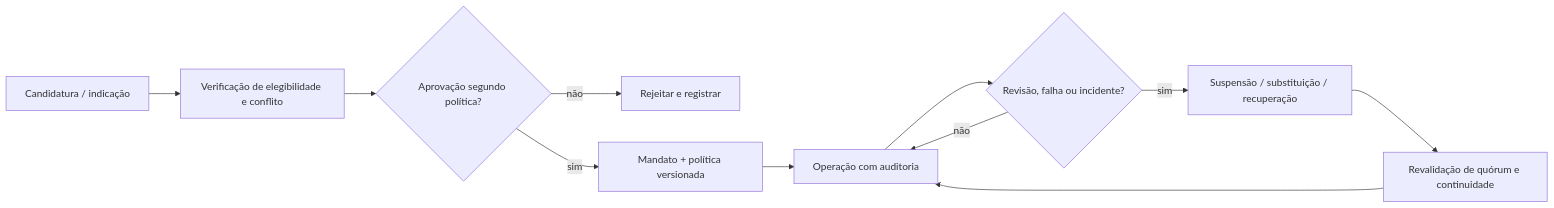
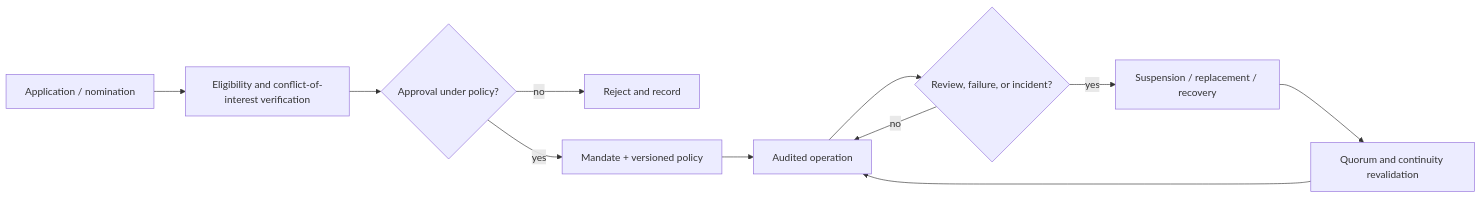
One commit to sails-protocol/Sails-Protocol changed the second of 3 diagrams in docs/architecture/SAILS_SIGNING_FEDERATION/README.md. Above: the diagram before and after it, drawn with Mermaid. The commit also changed other lines of this file, not shown here.

Commit message:
docs(signing-federation): translate governance README and Mermaid diagrams to English

````diff
--- a/docs/architecture/SAILS_SIGNING_FEDERATION/README.md
+++ b/docs/architecture/SAILS_SIGNING_FEDERATION/README.md
@@ -58,13 +58,13 @@
 ```mermaid
 flowchart LR
-  A["Candidatura / indicação"] --> B["Verificação de elegibilidade e conflito"]
-  B --> C{"Aprovação segundo política?"}
-  C -->|"não"| X["Rejeitar e registrar"]
-  C -->|"sim"| D["Mandato + política versionada"]
-  D --> E["Operação com auditoria"]
-  E --> F{"Revisão, falha ou incidente?"}
-  F -->|"não"| E
-  F -->|"sim"| G["Suspensão / substituição / recuperação"]
-  G --> H["Revalidação de quórum e continuidade"]
+  A["Application / nomination"] --> B["Eligibility and conflict-of-interest verification"]
+  B --> C{"Approval under policy?"}
+  C -->|"no"| X["Reject and record"]
+  C -->|"yes"| D["Mandate + versioned policy"]
+  D --> E["Audited operation"]
+  E --> F{"Review, failure, or incident?"}
+  F -->|"no"| E
+  F -->|"yes"| G["Suspension / replacement / recovery"]
+  G --> H["Quorum and continuity revalidation"]
   H --> E
 ```
````
